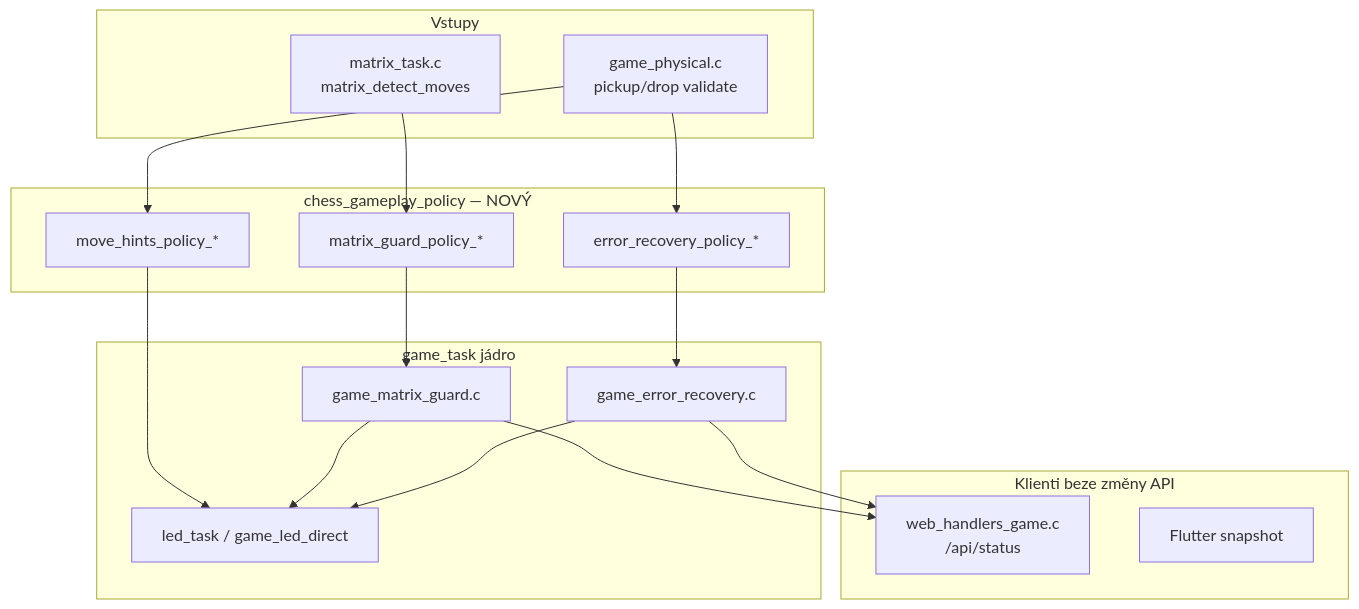
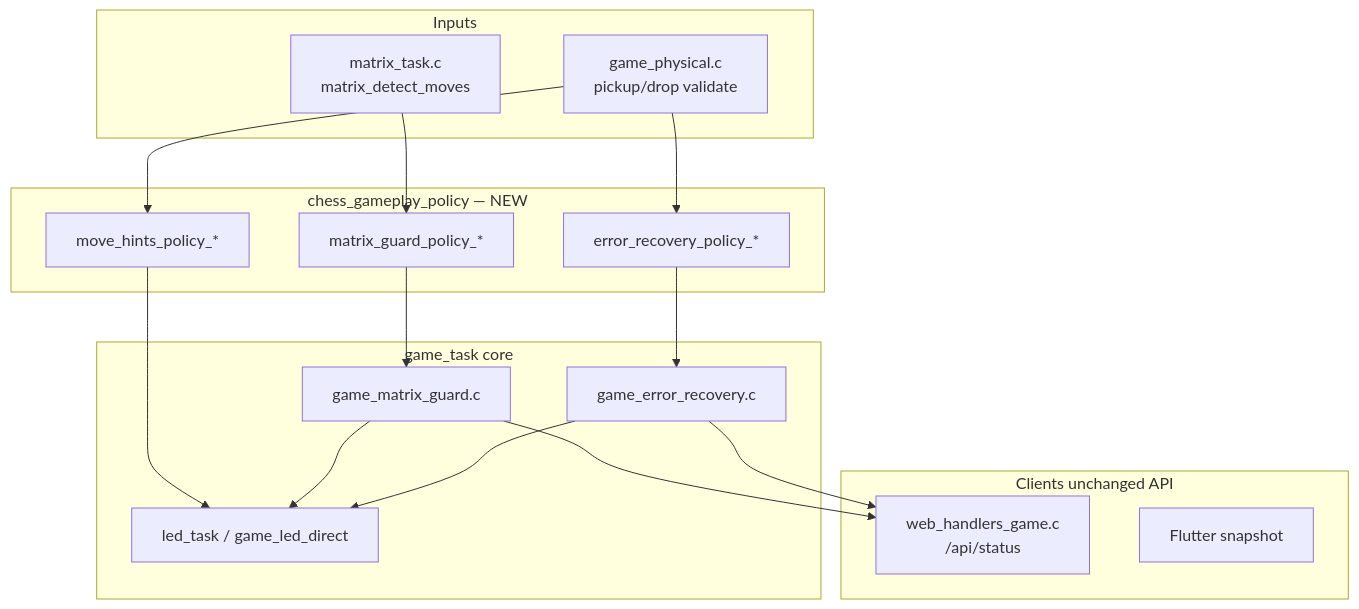
One commit to AlfredKrutina/chess_esp32_c6_devkit changed the first of 2 diagrams in docs/reference/MENUCONFIG_FEATURES_PLAN.md. Above: the diagram before and after it, drawn with Mermaid. The commit also changed other lines of this file and 372 other files, not shown here.

````diff
--- a/docs/reference/MENUCONFIG_FEATURES_PLAN.md
+++ b/docs/reference/MENUCONFIG_FEATURES_PLAN.md
@@ -58,35 +58,35 @@
 ```mermaid
 flowchart TB
-  subgraph inputs [Vstupy]
+  subgraph inputs [Inputs]
     MT[matrix_task.c\nmatrix_detect_moves]
     GP[game_physical.c\npickup/drop validate]
   end
 
-  subgraph policy [chess_gameplay_policy — NOVÝ]
+  subgraph policy [chess_gameplay_policy — NEW]
     MG_P[matrix_guard_policy_*]
     ER_P[error_recovery_policy_*]
     MH_P[move_hints_policy_*]
   end
 
-  subgraph core [game_task jádro]
+  subgraph core [game_task core]
     MGC[game_matrix_guard.c]
     ERC[game_error_recovery.c]
     LED[led_task / game_led_direct]
   end
 
-  subgraph clients [Klienti beze změny API]
+  subgraph clients [Clients unchanged API]
     JSON[web_handlers_game.c\n/api/status]
     FL[Flutter snapshot]
   end
 
   MT --> MG_P
   GP --> ER_P
   GP --> MH_P
   MG_P --> MGC
   ER_P --> ERC
   MH_P --> LED
   MGC --> LED
   ERC --> LED
   MGC --> JSON
   ERC --> JSON
 ```
````
